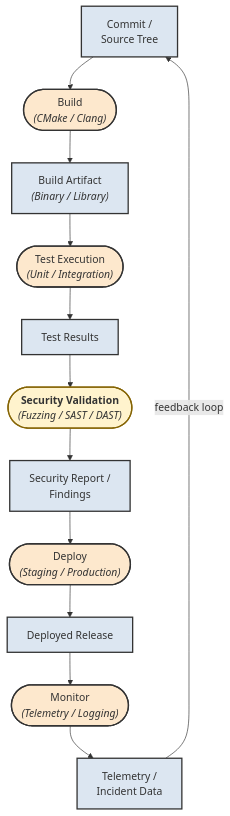
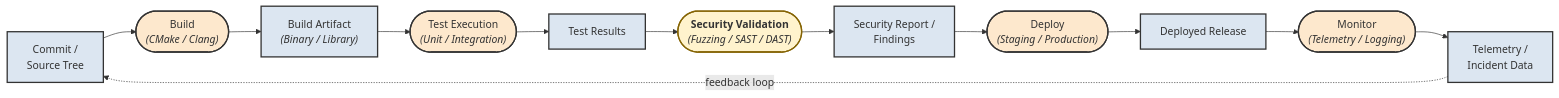
One commit to DARREN-2000/temporary changed the second of 7 diagrams in Thesis_Latex/diagrams_mermaid.md. Above: the diagram before and after it, drawn with Mermaid. The commit also changed other lines of this file and 6 other files, not shown here.

First line of the commit message:
Fix all oversized diagrams: add adjustbox constraints, redesign Figure 1.2 as zigzag

````diff
--- a/Thesis_Latex/diagrams_mermaid.md
+++ b/Thesis_Latex/diagrams_mermaid.md
@@ -70,44 +70,35 @@
 ```mermaid
-flowchart TD
+flowchart LR
     %% ===== DATA (rectangular) =====
     COMMIT["Commit /<br/>Source Tree"]
     ARTIFACT["Build Artifact<br/><i>(Binary / Library)</i>"]
     TRESULTS["Test Results"]
     SECREPORT["Security Report /<br/>Findings"]
     RELEASE["Deployed Release"]
     TELEMETRY["Telemetry /<br/>Incident Data"]
 
     %% ===== PROCESSING (rounded / stadium) =====
     BUILD(["Build<br/><i>(CMake / Clang)</i>"])
     TEST(["Test Execution<br/><i>(Unit / Integration)</i>"])
     SECVAL(["<b>Security Validation</b><br/><i>(Fuzzing / SAST / DAST)</i>"])
     DEPLOY(["Deploy<br/><i>(Staging / Production)</i>"])
     MONITOR(["Monitor<br/><i>(Telemetry / Logging)</i>"])
 
     %% ===== FLOW (alternating data → process → data) =====
-    COMMIT --> BUILD
-    BUILD --> ARTIFACT
-    ARTIFACT --> TEST
-    TEST --> TRESULTS
-    TRESULTS --> SECVAL
-    SECVAL --> SECREPORT
-    SECREPORT --> DEPLOY
-    DEPLOY --> RELEASE
-    RELEASE --> MONITOR
-    MONITOR --> TELEMETRY
-    TELEMETRY -->|feedback loop| COMMIT
+    COMMIT --> BUILD --> ARTIFACT --> TEST --> TRESULTS --> SECVAL --> SECREPORT --> DEPLOY --> RELEASE --> MONITOR --> TELEMETRY
+    TELEMETRY -.->|feedback loop| COMMIT
 
     %% ===== STYLING =====
     style COMMIT fill:#dce6f1,stroke:#333,stroke-width:2px
     style ARTIFACT fill:#dce6f1,stroke:#333,stroke-width:2px
     style TRESULTS fill:#dce6f1,stroke:#333,stroke-width:2px
     style SECREPORT fill:#dce6f1,stroke:#333,stroke-width:2px
     style RELEASE fill:#dce6f1,stroke:#333,stroke-width:2px
     style TELEMETRY fill:#dce6f1,stroke:#333,stroke-width:2px
 
     style BUILD fill:#fde8cd,stroke:#333,stroke-width:2px
     style TEST fill:#fde8cd,stroke:#333,stroke-width:2px
     style SECVAL fill:#fff3cd,stroke:#856404,stroke-width:2px
     style DEPLOY fill:#fde8cd,stroke:#333,stroke-width:2px
     style MONITOR fill:#fde8cd,stroke:#333,stroke-width:2px
 ```
````
